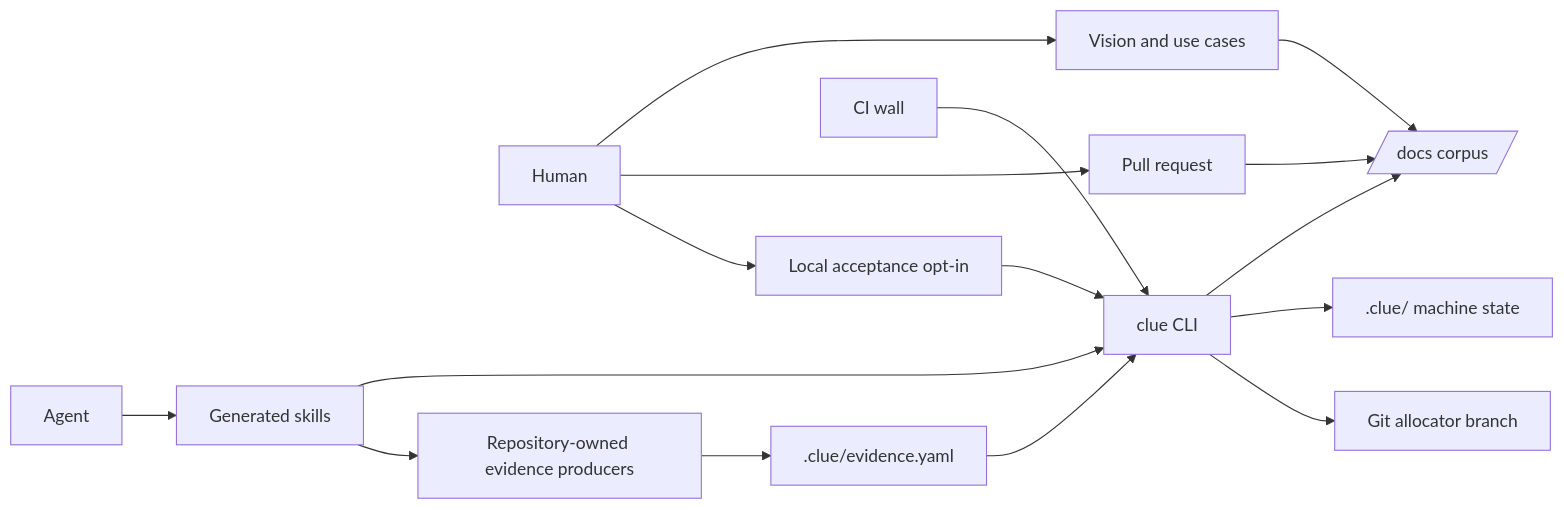
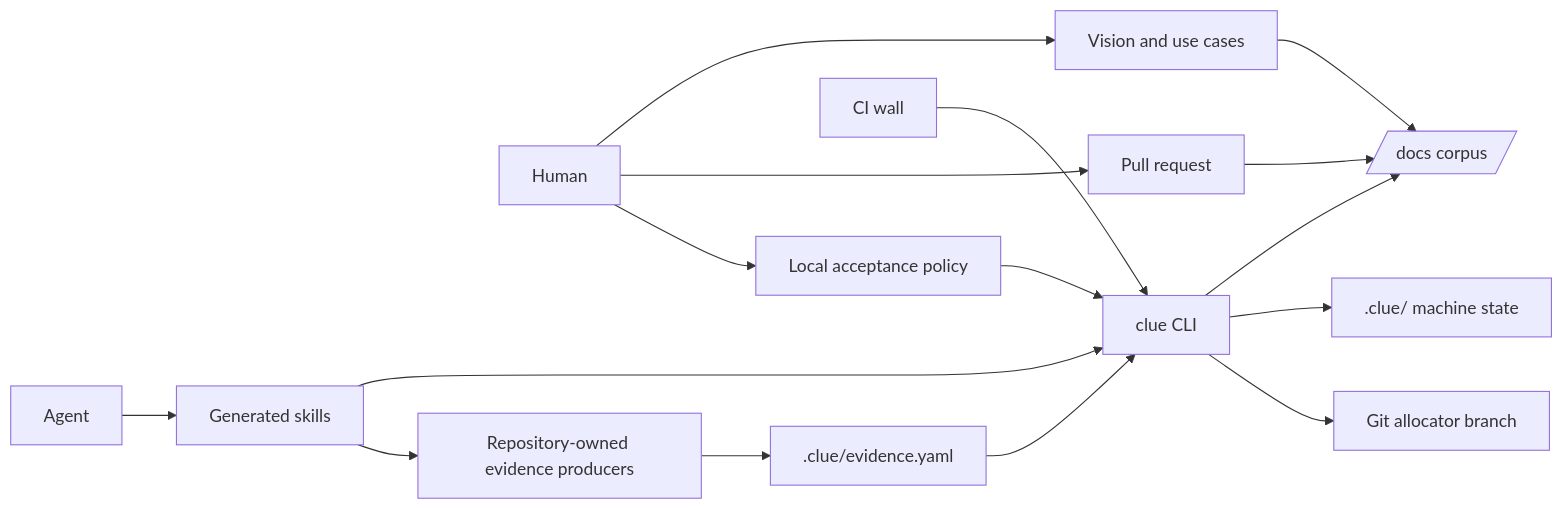
Before and after one commit to cliewen/cliewen: the diagram in docs/architecture/README.md, drawn with Mermaid. The commit also changed other lines of this file and 59 other files, not shown here.

Commit message:
Implement fresh local default with legacy policy continuity

````diff
--- a/docs/architecture/README.md
+++ b/docs/architecture/README.md
@@ -12,18 +12,18 @@
 ```mermaid
 flowchart LR
     Agent[Agent] --> Skills[Generated skills]
     Human --> Intent["Vision and use cases"]
     Intent --> Corpus
     Skills --> CLI[clue CLI]
     Skills --> Producers[Repository-owned evidence producers]
     Producers --> Evidence[".clue/evidence.yaml"]
     Evidence --> CLI
     CLI --> Corpus[/docs corpus/]
     CLI --> State[".clue/ machine state"]
     CLI --> Allocator["Git allocator branch"]
     CI[CI wall] --> CLI
     Human[Human] --> PR[Pull request]
     PR --> Corpus
-    Human --> Local[Local acceptance opt-in]
+    Human --> Local[Local acceptance policy]
     Local --> CLI
 ```
````
